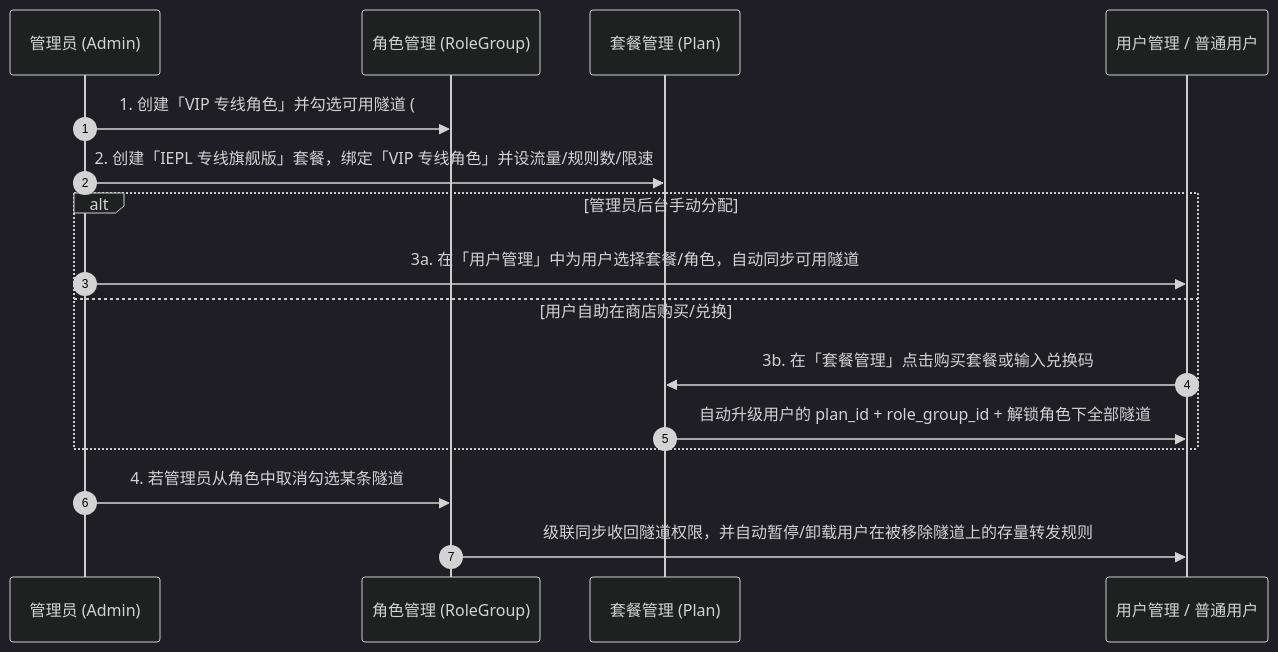
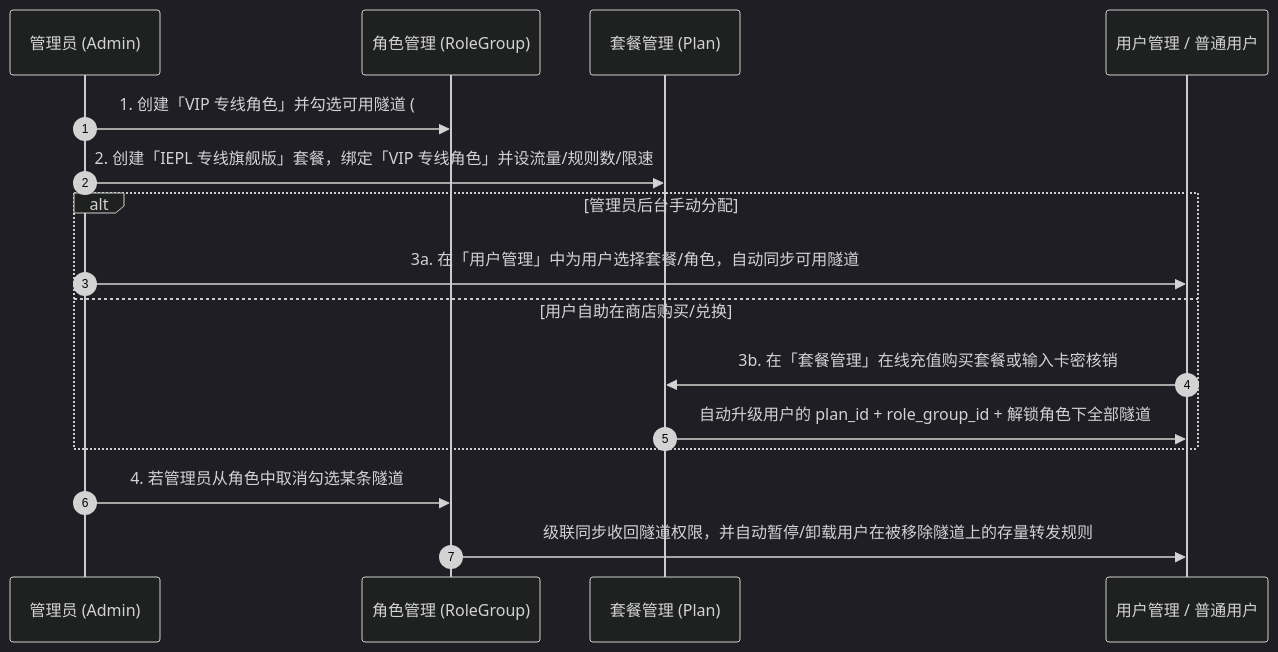
The second of 2 diagrams in DEPLOYMENT_AND_USAGE.md (huge1225/zachary-panel), drawn with Mermaid (dark theme) before and after one commit. The commit also changed other lines of this file and 19 other files, not shown here.

Commit message:
feat: implement P0-P2 roadmap features (redeem center, 24h charts, billing/EPay/USDT, alerts, remote agent upgrade, audit/backup, rule ACL/healthcheck/port-range, 2FA & API key)

````diff
--- a/DEPLOYMENT_AND_USAGE.md
+++ b/DEPLOYMENT_AND_USAGE.md
@@ -393,19 +397,19 @@
 ```mermaid
 sequenceDiagram
   autonumber
   participant Admin as 管理员 (Admin)
   participant Role as 角色管理 (RoleGroup)
   participant Plan as 套餐管理 (Plan)
   participant User as 用户管理 / 普通用户
 
   Admin->>Role: 1. 创建「VIP 专线角色」并勾选可用隧道 (#1 深港直转, #2 广港加密)
   Admin->>Plan: 2. 创建「IEPL 专线旗舰版」套餐，绑定「VIP 专线角色」并设流量/规则数/限速
   alt 管理员后台手动分配
     Admin->>User: 3a. 在「用户管理」中为用户选择套餐/角色，自动同步可用隧道
   else 用户自助在商店购买/兑换
-    User->>Plan: 3b. 在「套餐管理」点击购买套餐或输入兑换码
+    User->>Plan: 3b. 在「套餐管理」在线充值购买套餐或输入卡密核销
     Plan->>User: 自动升级用户的 plan_id + role_group_id + 解锁角色下全部隧道
   end
   Admin->>Role: 4. 若管理员从角色中取消勾选某条隧道
   Role->>User: 级联同步收回隧道权限，并自动暂停/卸载用户在被移除隧道上的存量转发规则
 ```
````
